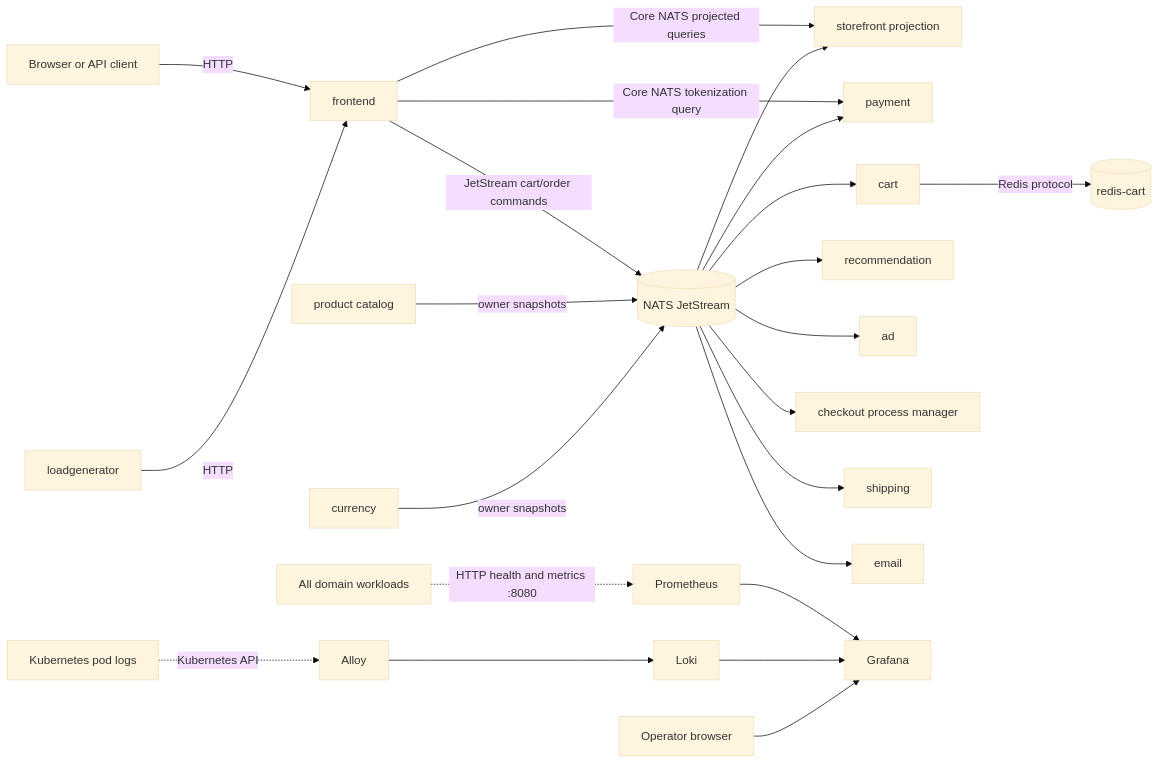
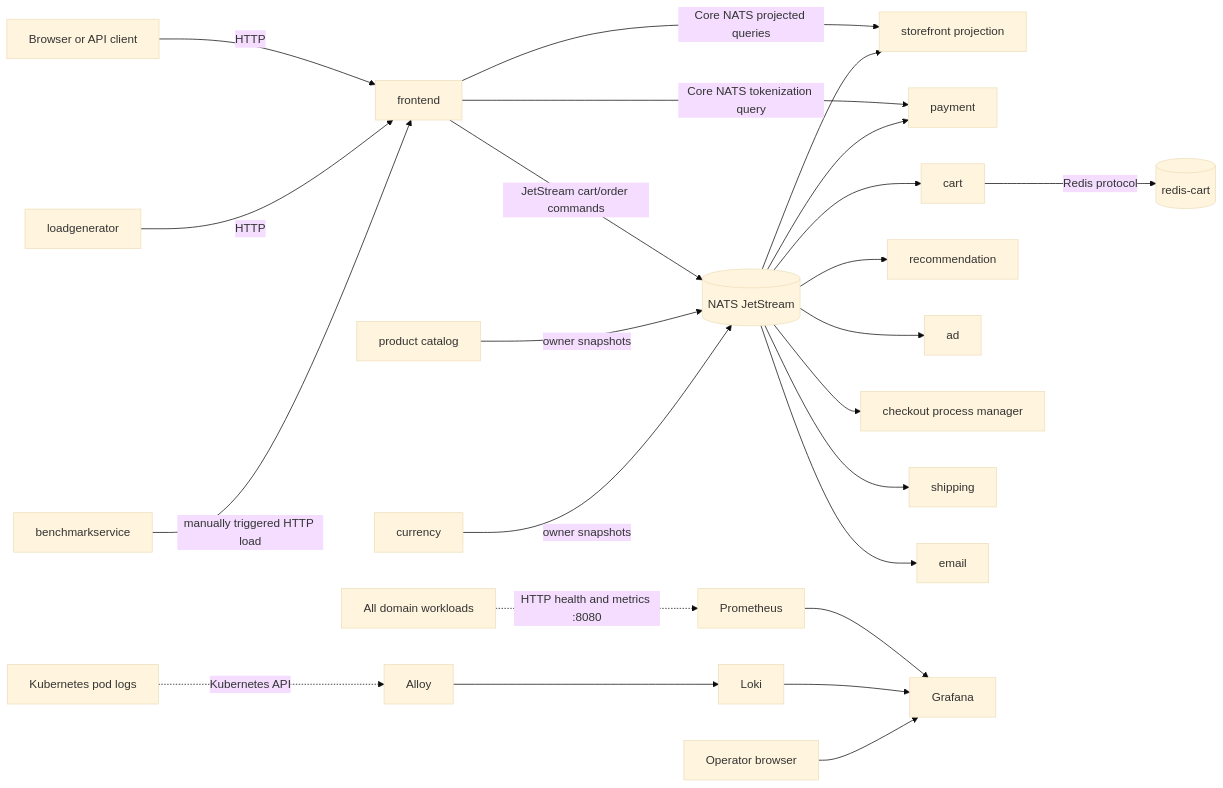
The diagram in README.md (Matslo1234/microservices-demo-nats), drawn with Mermaid (base theme) before and after one commit. The commit also changed other lines of this file and 60 other files, not shown here.

````diff
--- a/README.md
+++ b/README.md
@@ -17,28 +17,29 @@
 ```mermaid
 flowchart LR
     User[Browser or API client] -->|HTTP| FE[frontend]
     Load[loadgenerator] -->|HTTP| FE
+    Benchmark[benchmarkservice] -->|manually triggered HTTP load| FE
 
     FE -->|Core NATS projected queries| Projection[storefront projection]
     FE -->|JetStream cart/order commands| NATS[(NATS JetStream)]
     FE -->|Core NATS tokenization query| Payment[payment]
 
     Catalog[product catalog] -->|owner snapshots| NATS
     Currency[currency] -->|owner snapshots| NATS
     NATS --> Cart[cart]
     NATS --> Recommendation[recommendation]
     NATS --> Ad[ad]
     NATS --> Checkout[checkout process manager]
     NATS --> Shipping[shipping]
     NATS --> Payment
     NATS --> Email[email]
     NATS --> Projection
     Cart -->|Redis protocol| Redis[(redis-cart)]
 
     Apps[All domain workloads] -.->|HTTP health and metrics :8080| Prometheus
     Kubernetes[Kubernetes pod logs] -.->|Kubernetes API| Alloy
     Alloy --> Loki
     Prometheus --> Grafana
     Loki --> Grafana
     Operator[Operator browser] --> Grafana
 ```
````
